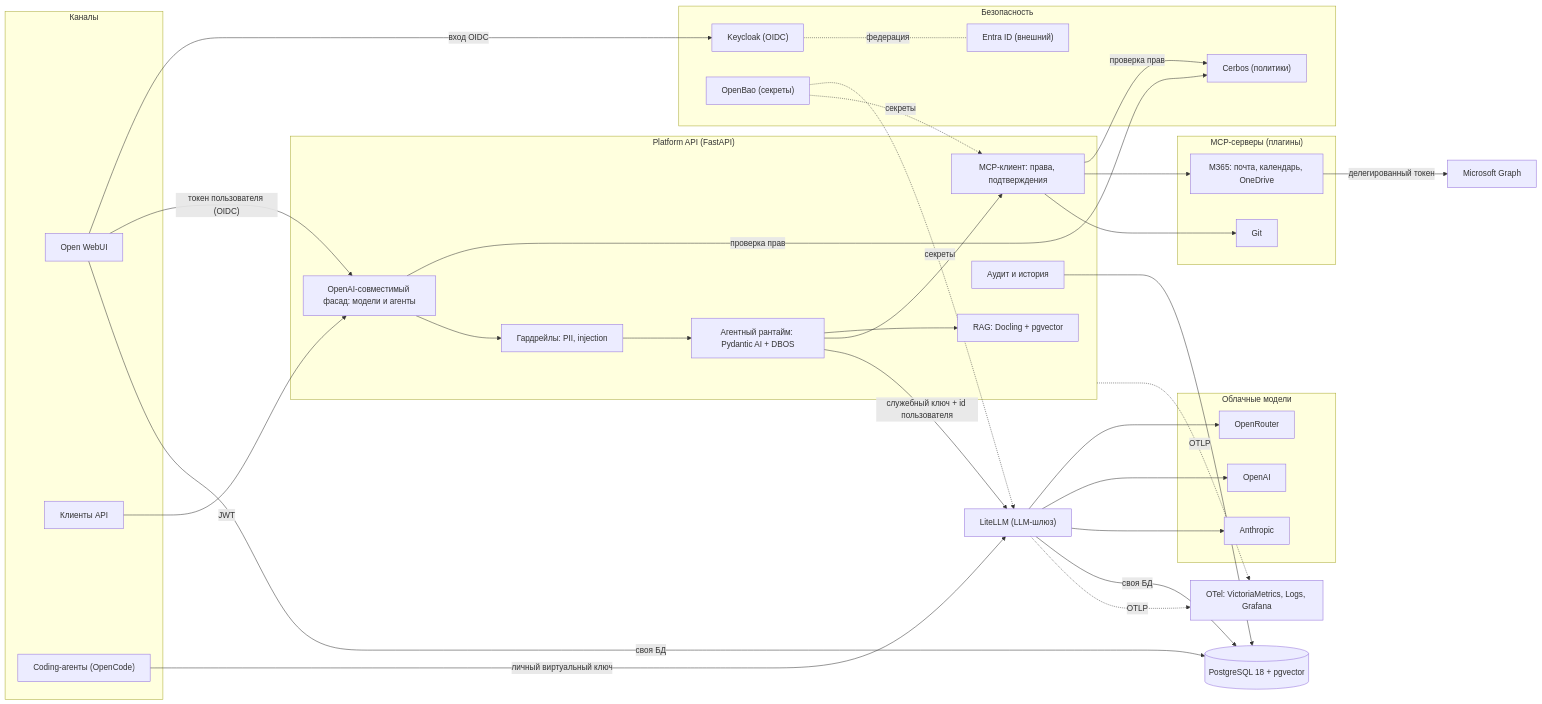
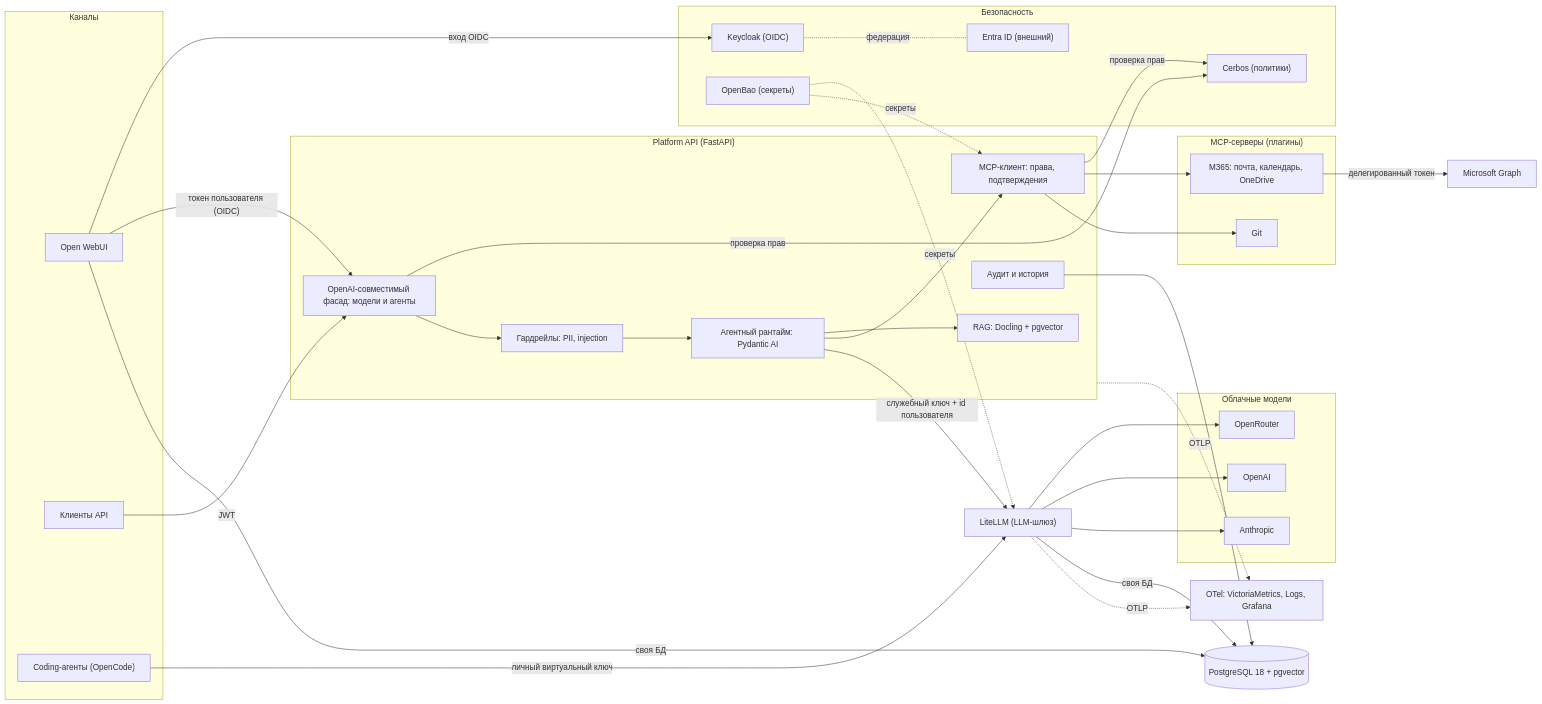
One commit to ahokkonen/antec.ai changed the diagram in docs/architecture/overview.md. Above: the diagram before and after it, drawn with Mermaid. The commit also changed other lines of this file and 2 other files, not shown here.

Commit message:
docs: ADR-0010 агентный рантайм: Pydantic AI за адаптером, подтверждения без DBOS

````diff
--- a/docs/architecture/overview.md
+++ b/docs/architecture/overview.md
@@ -44,66 +44,66 @@
 ```mermaid
 flowchart LR
   subgraph CH["Каналы"]
     UI["Open WebUI"]
     APIC["Клиенты API"]
     CODE["Coding-агенты (OpenCode)"]
   end
 
   subgraph SEC["Безопасность"]
     KC["Keycloak (OIDC)"]
     ENTRA["Entra ID (внешний)"]
     CERBOS["Cerbos (политики)"]
     BAO["OpenBao (секреты)"]
   end
 
   subgraph CORE["Platform API (FastAPI)"]
     FACADE["OpenAI-совместимый фасад: модели и агенты"]
     GR["Гардрейлы: PII, injection"]
-    RT["Агентный рантайм: Pydantic AI + DBOS"]
+    RT["Агентный рантайм: Pydantic AI"]
     RAG["RAG: Docling + pgvector"]
     MCPC["MCP-клиент: права, подтверждения"]
     AUD["Аудит и история"]
   end
 
   GW["LiteLLM (LLM-шлюз)"]
 
   subgraph PROV["Облачные модели"]
     OR["OpenRouter"]
     OAI["OpenAI"]
     ANT["Anthropic"]
   end
 
   subgraph MCPS["MCP-серверы (плагины)"]
     M365["M365: почта, календарь, OneDrive"]
     GIT["Git"]
   end
 
   GRAPH["Microsoft Graph"]
   PG[("PostgreSQL 18 + pgvector")]
   OBS["OTel: VictoriaMetrics, Logs, Grafana"]
 
   UI -->|"вход OIDC"| KC
   KC -.-|"федерация"| ENTRA
   UI -->|"токен пользователя (OIDC)"| FACADE
   APIC -->|"JWT"| FACADE
   FACADE -->|"проверка прав"| CERBOS
   FACADE --> GR --> RT
   RT --> RAG
   RT --> MCPC
   MCPC -->|"проверка прав"| CERBOS
   RT -->|"служебный ключ + id пользователя"| GW
   CODE -->|"личный виртуальный ключ"| GW
   GW --> OR
   GW --> OAI
   GW --> ANT
   MCPC --> M365
   MCPC --> GIT
   M365 -->|"делегированный токен"| GRAPH
   BAO -.->|"секреты"| GW
   BAO -.->|"секреты"| MCPC
   AUD --> PG
   GW -->|"своя БД"| PG
   UI -->|"своя БД"| PG
   CORE -.->|"OTLP"| OBS
   GW -.->|"OTLP"| OBS
 ```
````
